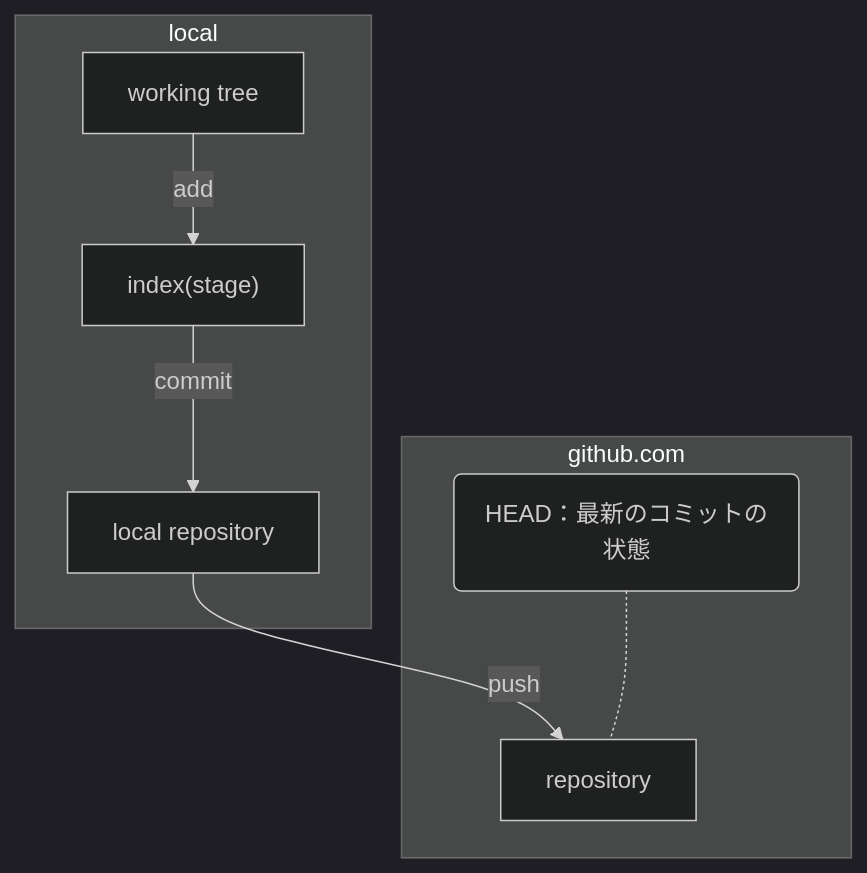
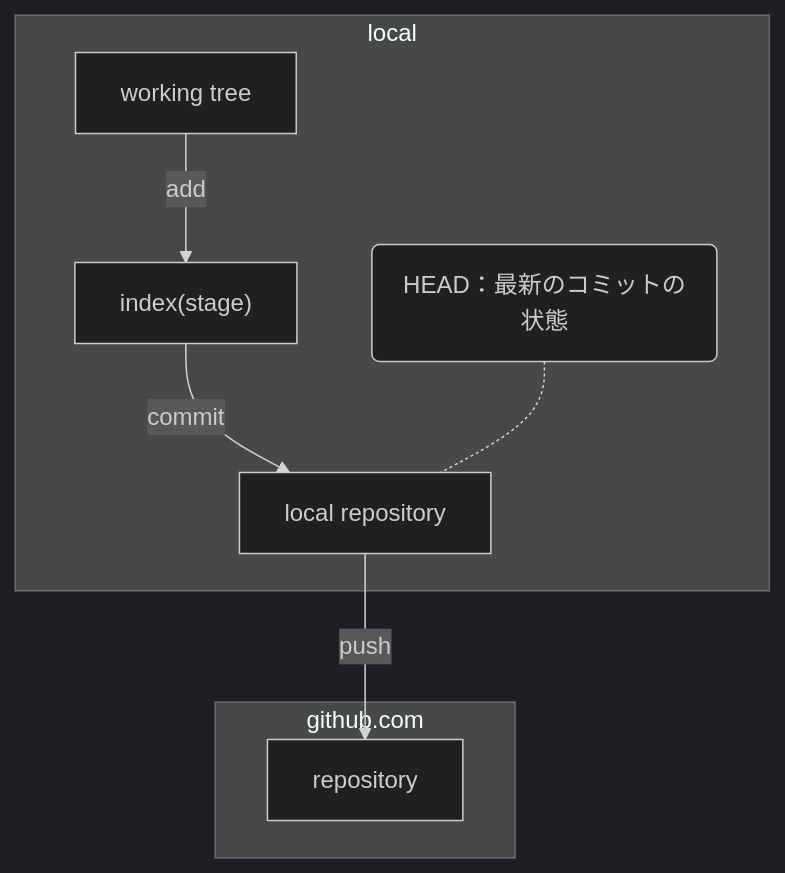
The diagram in README.md (kaerusapiens/git_usage_notes), drawn with Mermaid (dark theme) before and after one commit.

Commit message:
modified:   README.md

````diff
--- a/README.md
+++ b/README.md
@@ -3,19 +3,20 @@
 ```mermaid
 graph TD;
     subgraph local
     id1[working tree]
     id2["index(stage)"]
     id3[local repository]
+    head("HEAD：最新のコミットの状態")
     end
 
     subgraph github.com
     id[repository]
-    head("HEAD：最新のコミットの状態")
+
     end
 
     id1 -- add -->id2
     id2 -- commit -->id3
     id3 -- push -->id
-    head -.- id
+    head -.- id3
 
 ```
````
